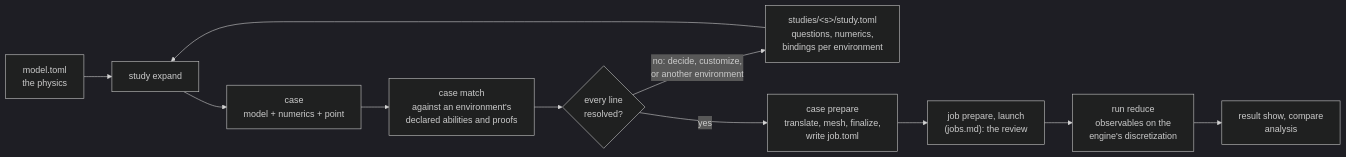
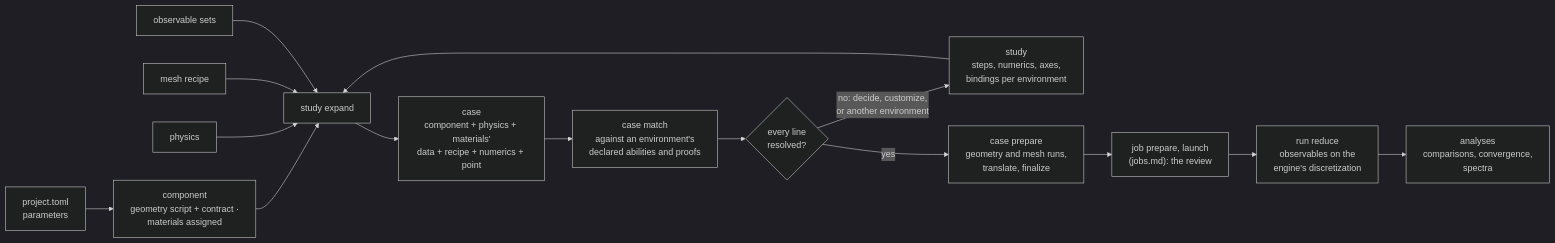
Before and after one commit to Qing-LAB/femkit: the first of 2 diagrams in docs/contracts/models.md, drawn with Mermaid (dark theme). The commit also changed other lines of this file and 24 other files, not shown here.

Commit message:
docs: projects, materials, geometry and the page, as approved (milestone A)

````diff
--- a/docs/contracts/models.md
+++ b/docs/contracts/models.md
@@ -38,13 +44,17 @@
 ```mermaid
 flowchart LR
-    M["model.toml<br/>the physics"] --> X
-    S["studies/&lt;s&gt;/study.toml<br/>questions, numerics,<br/>bindings per environment"] --> X["study expand"]
-    X --> C["case<br/>model + numerics + point"]
-    C --> F["case match<br/>against an environment's<br/>declared abilities and proofs"]
+    P["project.toml<br/>parameters"] --> C
+    C["component<br/>geometry script + contract ·<br/>materials assigned"] --> X
+    PH["physics"] --> X
+    MR["mesh recipe"] --> X
+    OB["observable sets"] --> X
+    S["study<br/>steps, numerics, axes,<br/>bindings per environment"] --> X["study expand"]
+    X --> K["case<br/>component + physics + materials'<br/>data + recipe + numerics + point"]
+    K --> F["case match<br/>against an environment's<br/>declared abilities and proofs"]
     F --> R{"every line<br/>resolved?"}
     R -->|"no: decide, customize,<br/>or another environment"| S
-    R -->|yes| P["case prepare<br/>translate, mesh, finalize,<br/>write job.toml"]
-    P --> J["job prepare, launch<br/>(jobs.md): the review"]
+    R -->|yes| Q["case prepare<br/>geometry and mesh runs,<br/>translate, finalize"]
+    Q --> J["job prepare, launch<br/>(jobs.md): the review"]
     J --> E["run reduce<br/>observables on the<br/>engine's discretization"]
-    E --> A["result show, compare<br/>analysis"]
+    E --> A["analyses<br/>comparisons, convergence,<br/>spectra"]
 ```
````
